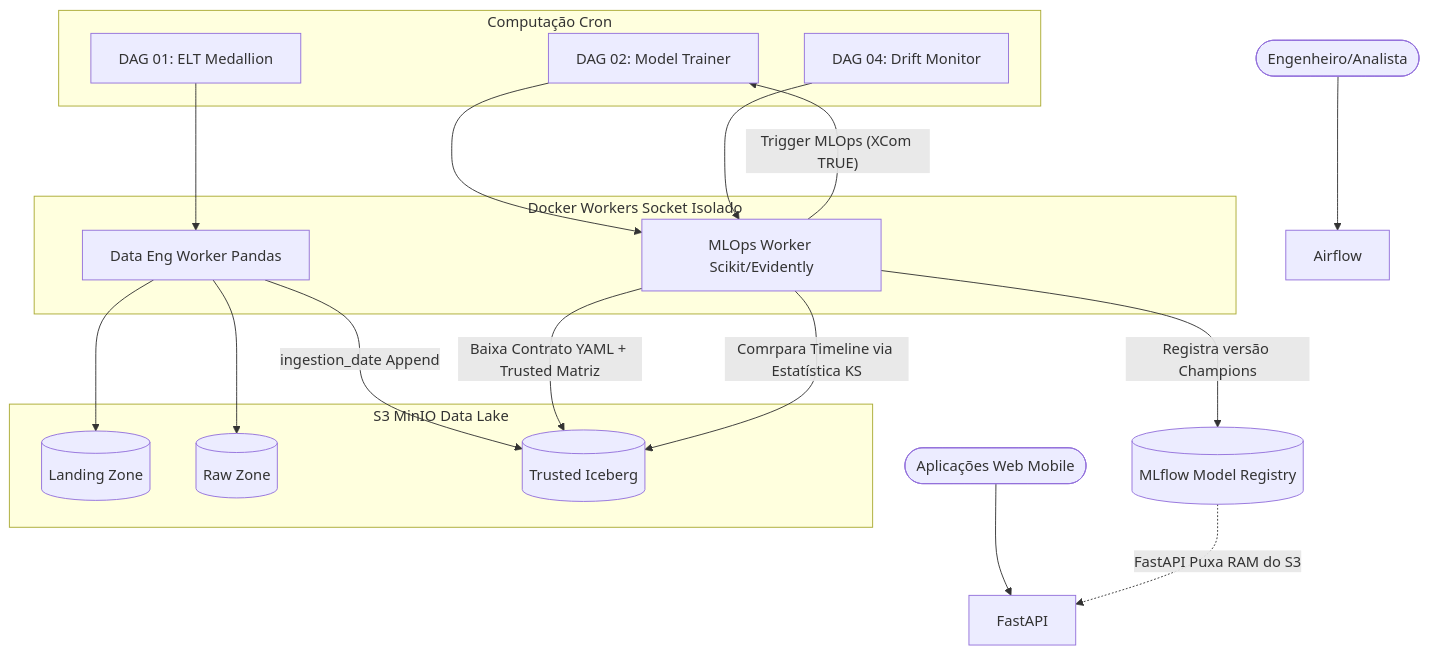
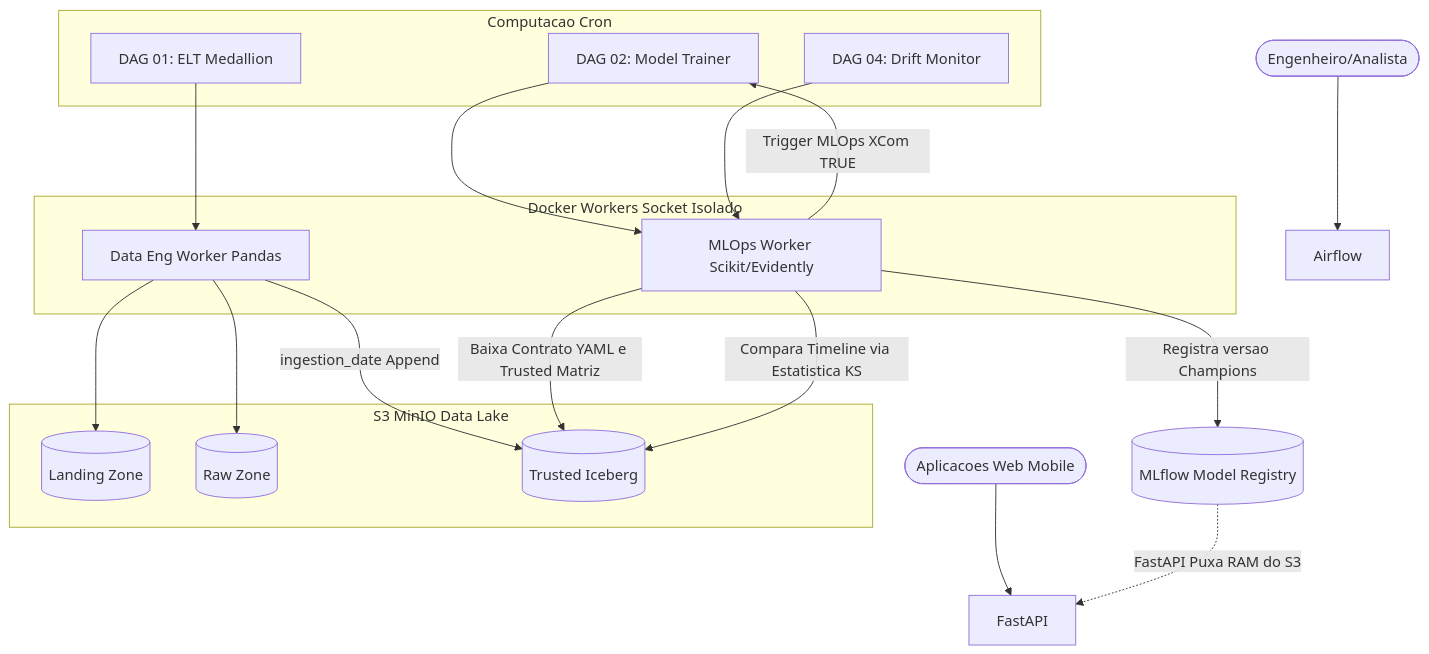
Before and after one commit to engfelipeviana/machine_Learning_pipeline: the first of 5 diagrams in README.md, drawn with Mermaid. The commit also changed other lines of this file, not shown here.

````diff
--- a/README.md
+++ b/README.md
@@ -40,45 +40,39 @@
 ```mermaid
 graph TD
-    %% Nós Externos e UI
     User([Engenheiro/Analista]) --> Airflow
-    Client([Aplicações Web Mobile]) --> FastAPI
+    Client([Aplicacoes Web Mobile]) --> FastAPI
 
-    %% Data Lakehouse
     subgraph S3 MinIO Data Lake
         LZ[(Landing Zone)]
         Raw[(Raw Zone)]
         Trusted[(Trusted Iceberg)]
     end
 
-    %% Airflow Orchestration
-    subgraph Computação Cron
+    subgraph Computacao Cron
         DAG1[DAG 01: ELT Medallion]
         DAG2[DAG 02: Model Trainer]
         DAG4[DAG 04: Drift Monitor]
     end
     
-    %% Compute Workers (Docker-in-Docker)
     subgraph Docker Workers Socket Isolado
         DW[Data Eng Worker Pandas]
         MW[MLOps Worker Scikit/Evidently]
     end
 
-    %% Model Lifecycle
     MLF[(MLflow Model Registry)]
     
-    %% Connections / Eventos de Rotas
     DAG1 --> DW
     DW --> LZ
     DW --> Raw
     DW -->|ingestion_date Append| Trusted
     
     DAG2 --> MW
-    MW --> |Baixa Contrato YAML + Trusted Matriz| Trusted
-    MW --> |Registra versão Champions| MLF
+    MW --> |Baixa Contrato YAML e Trusted Matriz| Trusted
+    MW --> |Registra versao Champions| MLF
     
     DAG4 --> MW
-    MW --> |Comrpara Timeline via Estatística KS| Trusted
-    MW -- Trigger MLOps (XCom TRUE) --> DAG2
+    MW --> |Compara Timeline via Estatistica KS| Trusted
+    MW -- Trigger MLOps XCom TRUE --> DAG2
     
     MLF -. FastAPI Puxa RAM do S3 .-> FastAPI
 ```
````
